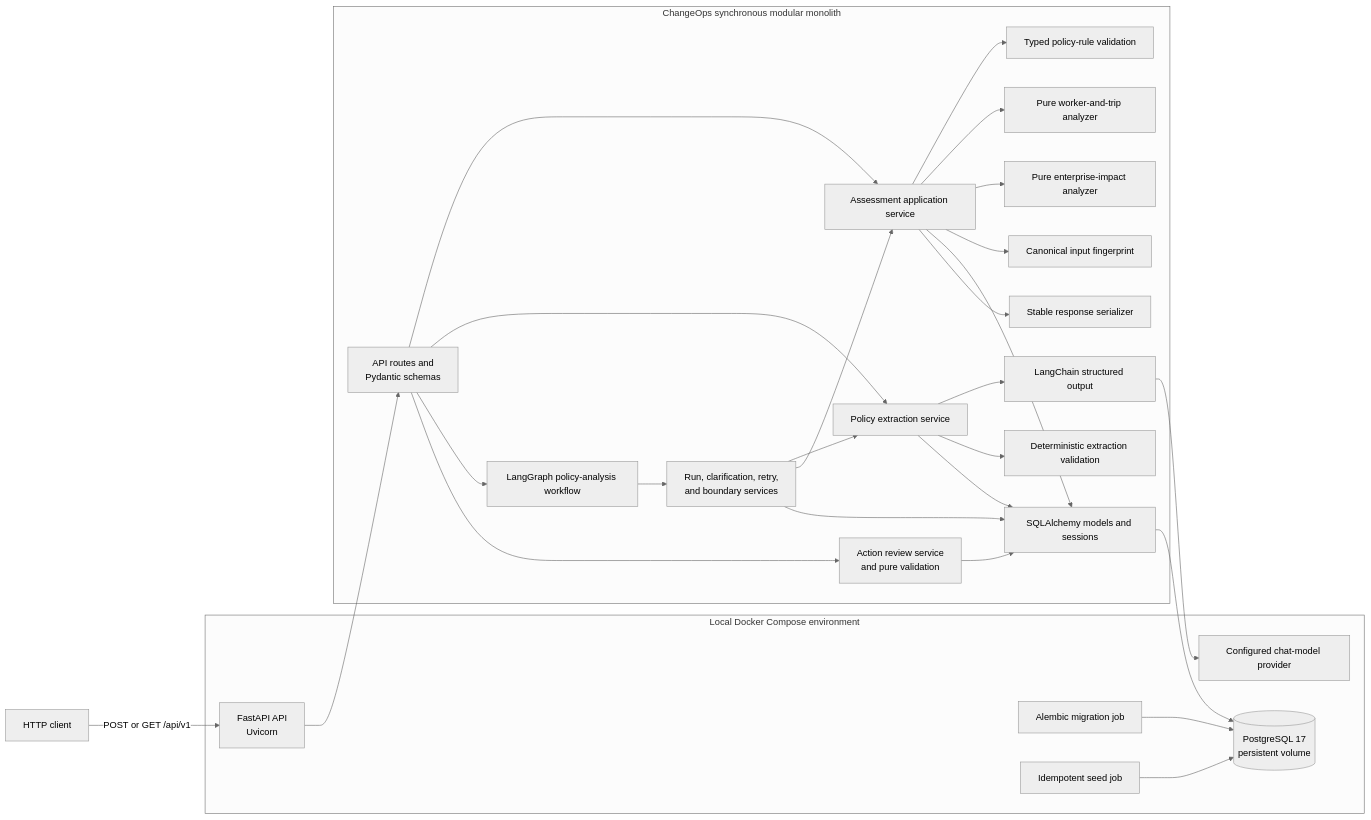
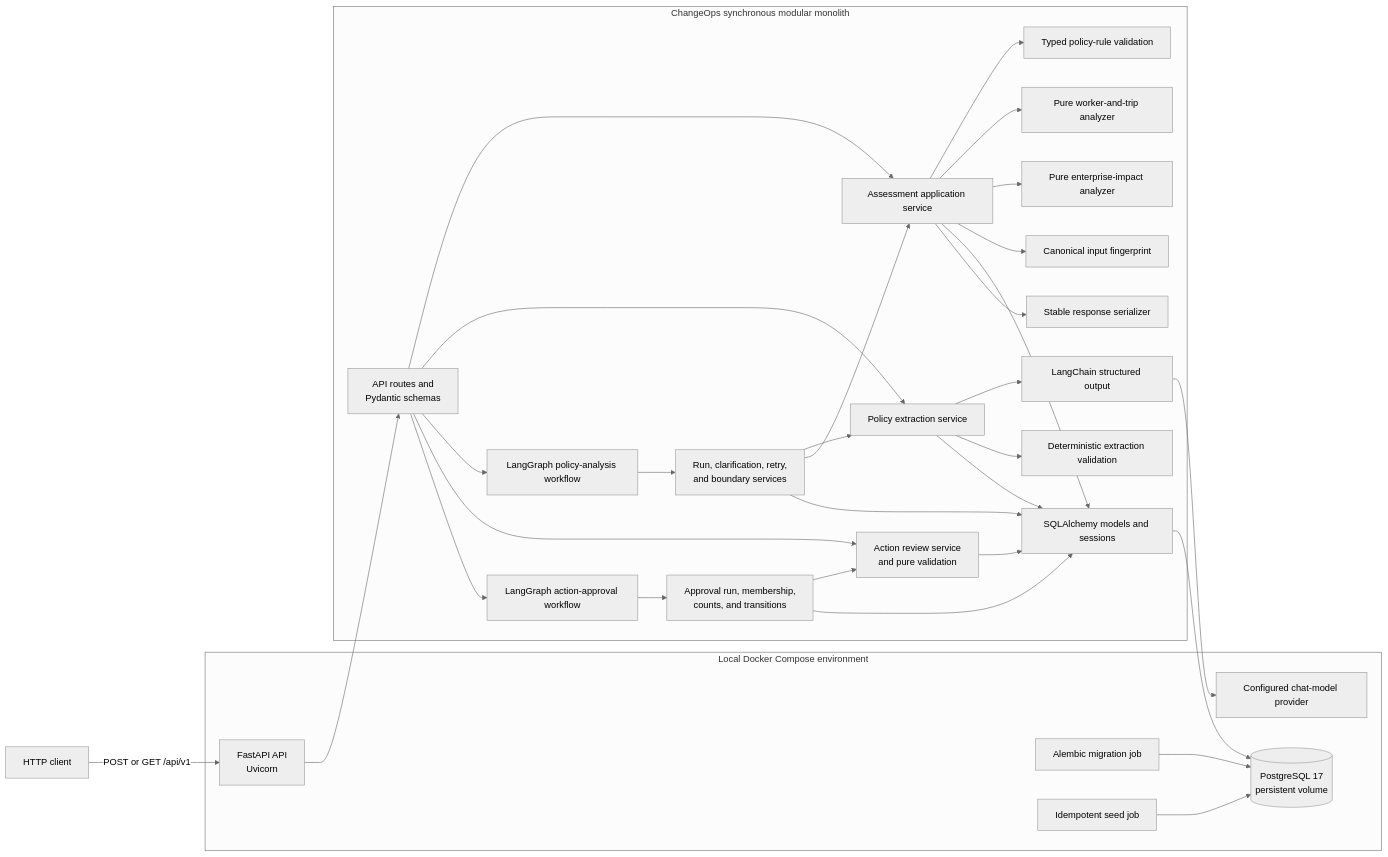
The first of 4 diagrams in docs/architecture.md (jaydreyer/ChangeOps), drawn with Mermaid (neutral theme) before and after one commit. The commit also changed other lines of this file and 22 other files, not shown here.

Commit message:
Add durable action-approval workflow

````diff
--- a/docs/architecture.md
+++ b/docs/architecture.md
@@ -9,54 +9,60 @@
 ```mermaid
 flowchart LR
     Client["HTTP client"]
 
     subgraph Compose["Local Docker Compose environment"]
         API["FastAPI API<br/>Uvicorn"]
         LLM["Configured chat-model provider"]
         Migrate["Alembic migration job"]
         Seed["Idempotent seed job"]
         DB[("PostgreSQL 17<br/>persistent volume")]
     end
 
     subgraph Application["ChangeOps synchronous modular monolith"]
         Routes["API routes and<br/>Pydantic schemas"]
         Service["Assessment application service"]
         Extraction["Policy extraction service"]
         Workflow["LangGraph policy-analysis workflow"]
         RunService["Run, clarification, retry,<br/>and boundary services"]
         LC["LangChain structured output"]
         Validation["Deterministic extraction validation"]
         Rules["Typed policy-rule validation"]
         WorkerAnalyzer["Pure worker-and-trip analyzer"]
         EnterpriseAnalyzer["Pure enterprise-impact analyzer"]
         Fingerprint["Canonical input fingerprint"]
         Serializer["Stable response serializer"]
         Review["Action review service<br/>and pure validation"]
+        ApprovalWorkflow["LangGraph action-approval workflow"]
+        ApprovalService["Approval run, membership,<br/>counts, and transitions"]
         ORM["SQLAlchemy models and sessions"]
     end
 
     Client -->|"POST or GET /api/v1"| API
     API --> Routes
     Routes --> Service
     Routes --> Extraction
     Routes --> Workflow
     Workflow --> RunService
     RunService --> Extraction
     RunService --> Service
     RunService --> ORM
     Extraction --> LC
     LC --> LLM
     Extraction --> Validation
     Extraction --> ORM
     Service --> Rules
     Service --> WorkerAnalyzer
     Service --> EnterpriseAnalyzer
     Service --> Fingerprint
     Service --> ORM
     Service --> Serializer
     Routes --> Review
+    Routes --> ApprovalWorkflow
+    ApprovalWorkflow --> ApprovalService
+    ApprovalService --> Review
+    ApprovalService --> ORM
     Review --> ORM
     ORM --> DB
     Migrate --> DB
     Seed --> DB
 ```
````
